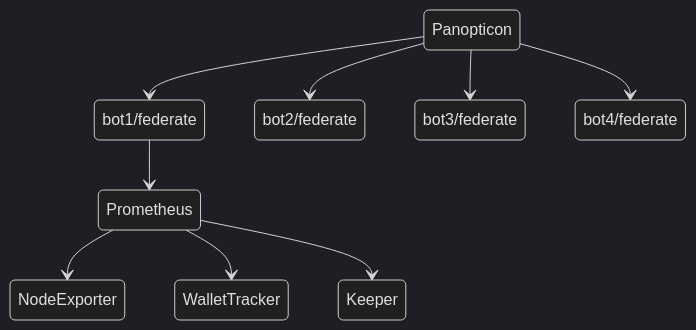
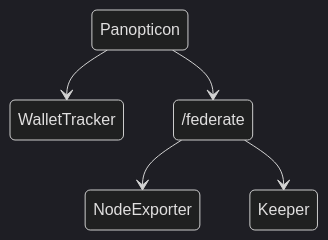
The fourth of 4 diagrams in README.md (0x1d/drift-keeper), drawn with Mermaid (dark theme) before and after one commit. The commit also changed other lines of this file and 6 other files, not shown here.

````diff
--- a/README.md
+++ b/README.md
@@ -82,12 +82,8 @@
 ```mermaid
   stateDiagram-v2
-    Panopticon --> bot1/federate
-    Panopticon --> bot2/federate
-    Panopticon --> bot3/federate
-    Panopticon --> bot4/federate
-    bot1/federate --> Prometheus
-    Prometheus --> NodeExporter
-    Prometheus --> WalletTracker
-    Prometheus --> Keeper
+    Panopticon --> WalletTracker
+    Panopticon --> /federate
+    /federate --> NodeExporter
+    /federate --> Keeper
 
 ```
````
